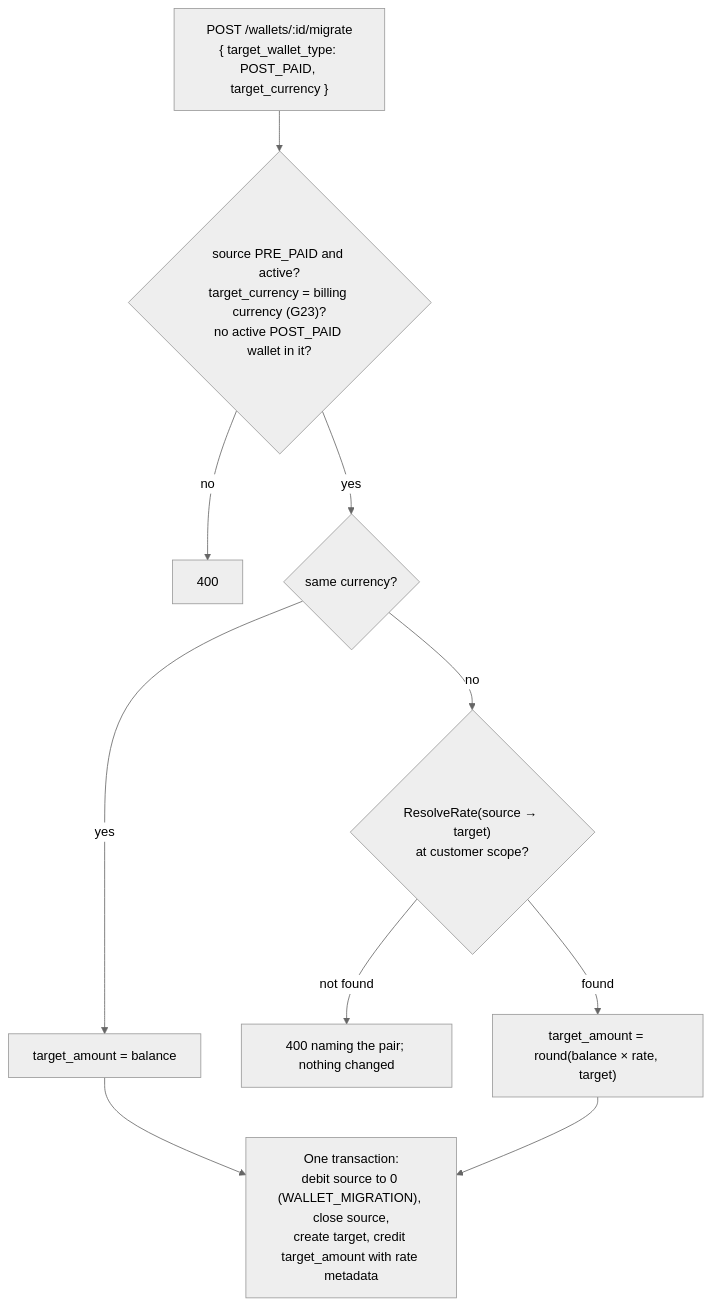
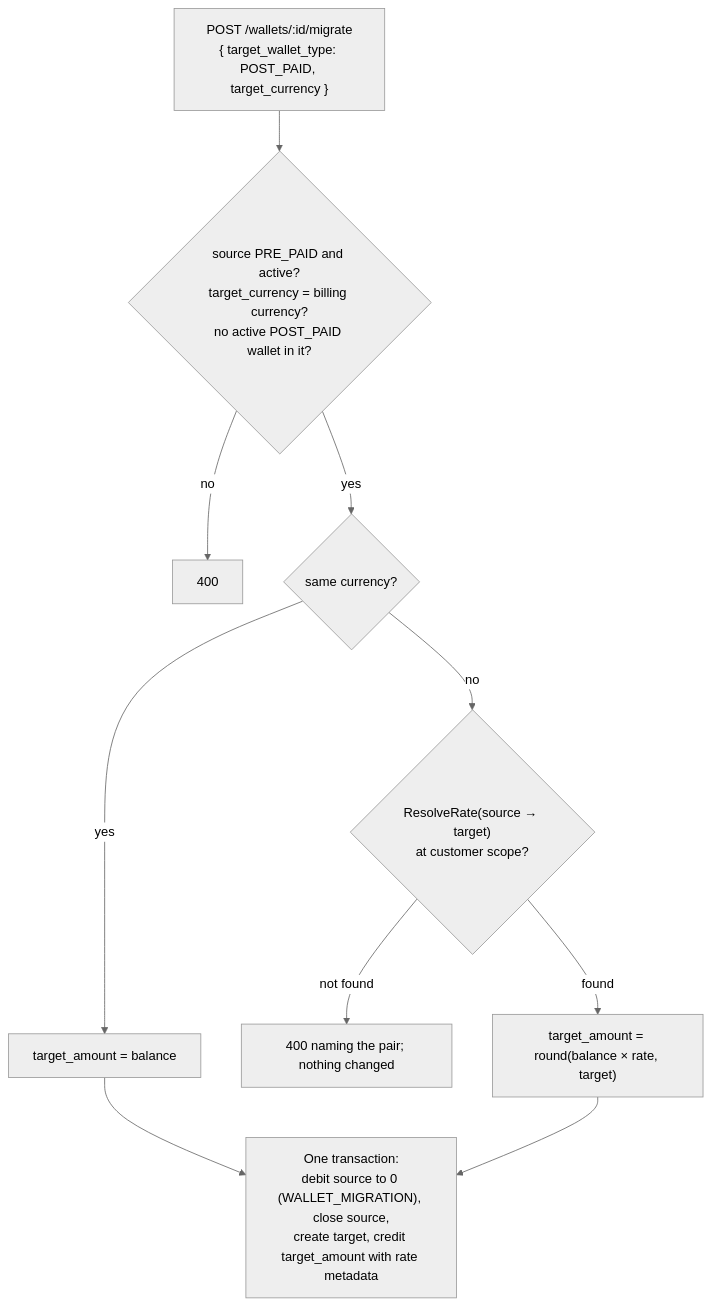
The fifth of 5 diagrams in docs/design/2026-09-26-FLE-1383-adaptive-multi-currency-phase2-erd.md (aghijap/flexprice-FLE-1411), drawn with Mermaid (neutral theme) before and after one commit. The commit also changed other lines of this file and 1 other file, not shown here.

````diff
--- a/docs/design/2026-09-26-FLE-1383-adaptive-multi-currency-phase2-erd.md
+++ b/docs/design/2026-09-26-FLE-1383-adaptive-multi-currency-phase2-erd.md
@@ -367,12 +344,12 @@
 ```mermaid
 flowchart TD
-    A["POST /wallets/:id/migrate<br/>{ target_wallet_type: POST_PAID, target_currency }"] --> V{"source PRE_PAID and active?<br/>target_currency = billing currency (G23)?<br/>no active POST_PAID wallet in it?"}
+    A["POST /wallets/:id/migrate<br/>{ target_wallet_type: POST_PAID, target_currency }"] --> V{"source PRE_PAID and active?<br/>target_currency = billing currency?<br/>no active POST_PAID wallet in it?"}
     V -- no --> R["400"]
     V -- yes --> S{"same currency?"}
     S -- yes --> M1["target_amount = balance"]
     S -- no --> RR{"ResolveRate(source → target)<br/>at customer scope?"}
     RR -- "not found" --> R2["400 naming the pair; nothing changed"]
     RR -- found --> M2["target_amount = round(balance × rate, target)"]
     M1 --> TX
     M2 --> TX["One transaction:<br/>debit source to 0 (WALLET_MIGRATION), close source,<br/>create target, credit target_amount with rate metadata"]
 ```
````
